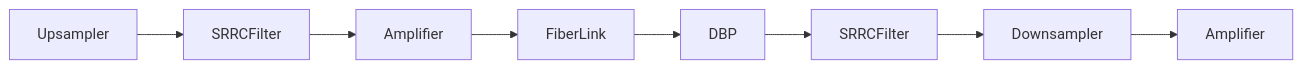
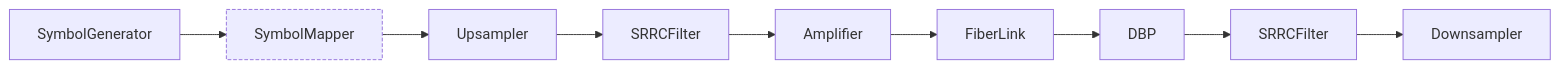
Before and after one commit to vincentchoqueuse/comnumpy: the diagram in docs/examples/mermaid/gn_model.mmd, drawn with Mermaid. The commit also changed 12 other files, not shown here.

```diff
--- a/docs/examples/mermaid/gn_model.mmd
+++ b/docs/examples/mermaid/gn_model.mmd
@@ -1,16 +1,20 @@
 flowchart LR
+    source["SymbolGenerator"]
+    tx["SymbolMapper"]
     upsampler["Upsampler"]
     srrcfilter["SRRCFilter"]
-    signal_amplifier["Amplifier"]
+    launch["Amplifier"]
     fibre["FiberLink"]
     dbp["DBP"]
     srrcfilter_2["SRRCFilter"]
     downsampler["Downsampler"]
-    signal_amplifier_2["Amplifier"]
+    source --> tx
+    tx --> upsampler
     upsampler --> srrcfilter
-    srrcfilter --> signal_amplifier
-    signal_amplifier --> fibre
+    srrcfilter --> launch
+    launch --> fibre
     fibre --> dbp
     dbp --> srrcfilter_2
     srrcfilter_2 --> downsampler
-    downsampler --> signal_amplifier_2
+    classDef tapped stroke-dasharray: 4 2
+    class tx tapped
```
